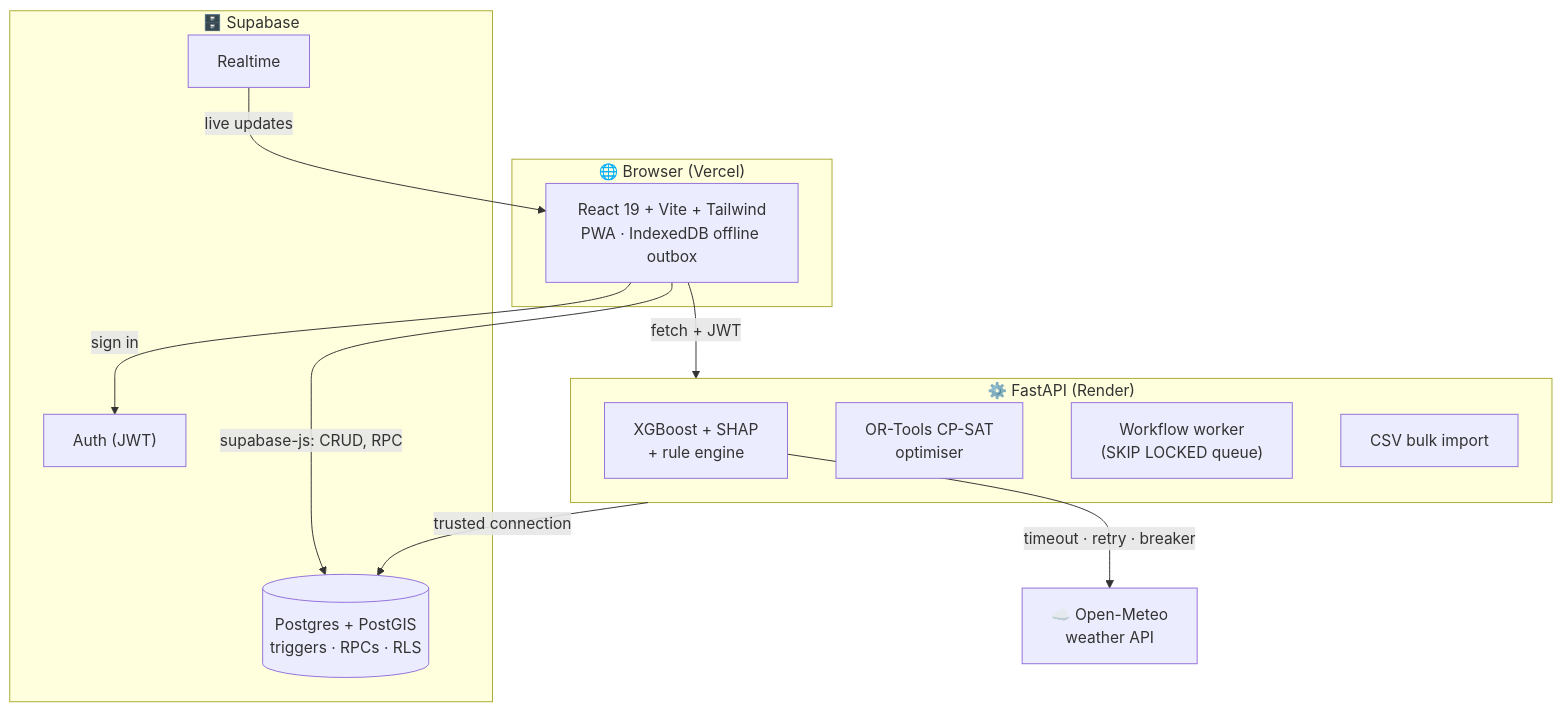
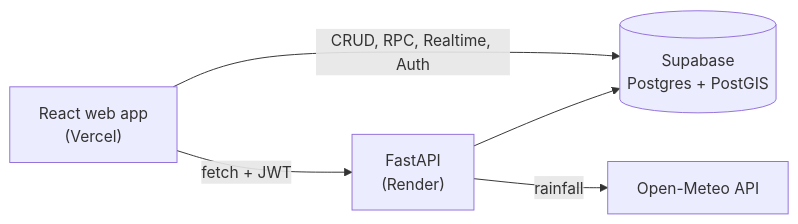
Before and after one commit to Shuchita-Islam-Shuvra/resiliomesh: the diagram in README.md, drawn with Mermaid. The commit also changed other lines of this file, not shown here.

````diff
--- a/README.md
+++ b/README.md
@@ -238,25 +67,7 @@
 ```mermaid
-flowchart TB
-    subgraph Browser["🌐 Browser (Vercel)"]
-        UI["React 19 + Vite + Tailwind<br/>PWA · IndexedDB offline outbox"]
-    end
-    subgraph Supabase["🗄️ Supabase"]
-        DB[("Postgres + PostGIS<br/>triggers · RPCs · RLS")]
-        RT["Realtime"]
-        AUTH["Auth (JWT)"]
-    end
-    subgraph API["⚙️ FastAPI (Render)"]
-        ML["XGBoost + SHAP<br/>+ rule engine"]
-        OPT["OR-Tools CP-SAT<br/>optimiser"]
-        WF["Workflow worker<br/>(SKIP LOCKED queue)"]
-        IMP["CSV bulk import"]
-    end
-    OM["☁️ Open-Meteo<br/>weather API"]
-
-    UI -- "supabase-js: CRUD, RPC" --> DB
-    RT -- "live updates" --> UI
-    UI -- "sign in" --> AUTH
-    UI -- "fetch + JWT" --> API
-    API -- "trusted connection" --> DB
-    ML -- "timeout · retry · breaker" --> OM
+flowchart LR
+    UI["React web app<br/>(Vercel)"] -- "CRUD, RPC, Realtime, Auth" --> DB[("Supabase<br/>Postgres + PostGIS")]
+    UI -- "fetch + JWT" --> API["FastAPI<br/>(Render)"]
+    API --> DB
+    API -- "rainfall" --> OM["Open-Meteo API"]
 ```
````
